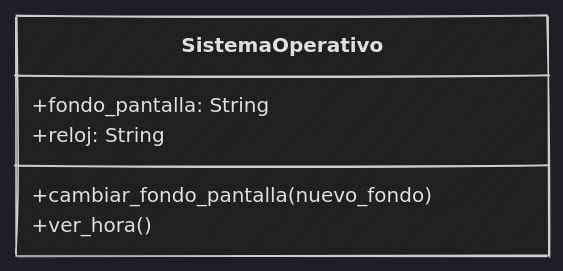
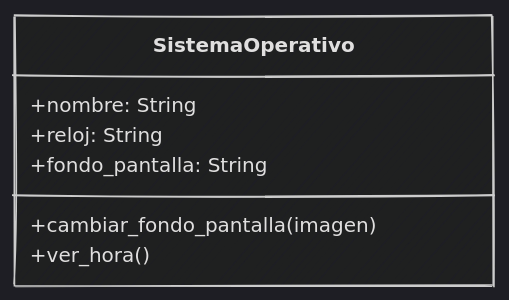
Before and after one commit to python-la-paz/python-study-group-oop: the third of 12 diagrams in content/sesion04/Readme.md, drawn with Mermaid. The commit also changed other lines of this file and 4 other files, not shown here.

````diff
--- a/content/sesion04/Readme.md
+++ b/content/sesion04/Readme.md
@@ -309,10 +326,11 @@
 ```mermaid
 %%{init: {"theme": "dark", "look": "handDrawn" }}%%
 classDiagram
     class SistemaOperativo {
+        +nombre: String
+        +reloj: String
         +fondo_pantalla: String
-        +reloj: String
-        +cambiar_fondo_pantalla(nuevo_fondo)
+        +cambiar_fondo_pantalla(imagen)
         +ver_hora()
     }
 ```
````
